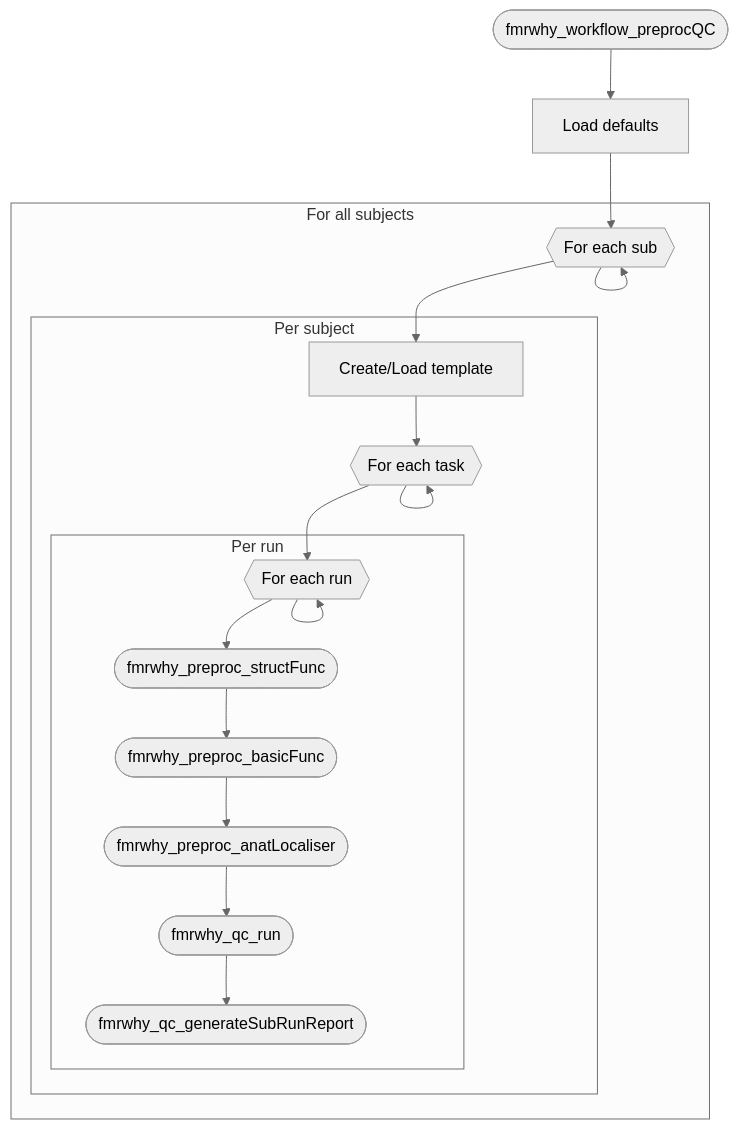
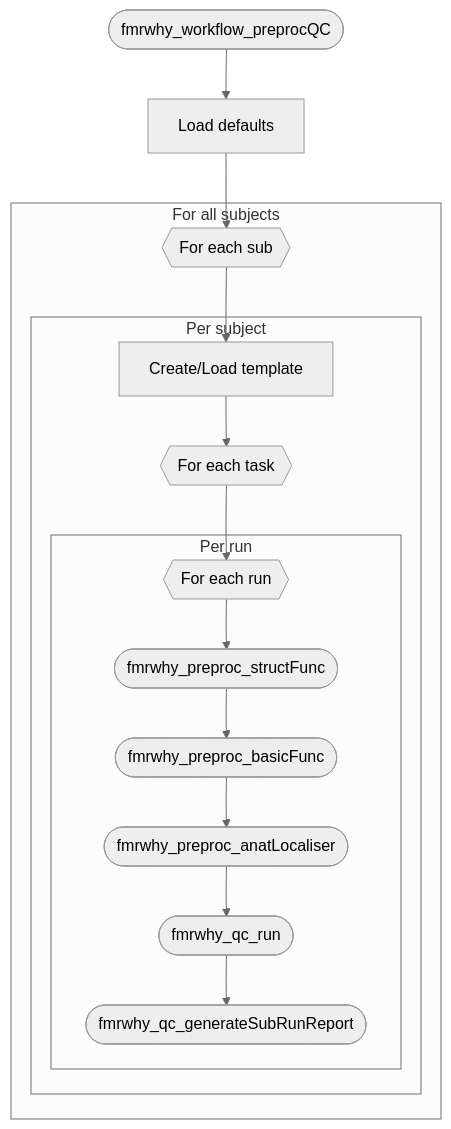
The first of 2 diagrams in diagrams.md (jsheunis/fMRwhy), drawn with Mermaid (neutral theme) before and after one commit. The commit also changed other lines of this file and 37 other files, not shown here.

````diff
--- a/diagrams.md
+++ b/diagrams.md
@@ -6,36 +6,33 @@
 ```mermaid
 graph TD
     A([fmrwhy_workflow_preprocQC])
     B1[Load defaults]
     B2{{For each sub}}
     B3[Create/Load template]
     C1{{For each task}}
     C2{{For each run}}
     D([fmrwhy_preproc_structFunc])
     E([fmrwhy_preproc_basicFunc])
     F([fmrwhy_preproc_anatLocaliser])
     G([fmrwhy_qc_run])
     H([fmrwhy_qc_generateSubRunReport])
     
     
     A --> B1
     B1 --> B2
-    B2 --> B2
 
     subgraph For all subjects
         B2 --> B3
         subgraph Per subject
             B3 --> C1
-            C1 --> C1
             C1 --> C2
             subgraph Per run
-                C2 --> C2
                 C2 --> D
                 D --> E
                 E --> F
                 F --> G
                 G --> H
             end
         end
     end
 ```
````
